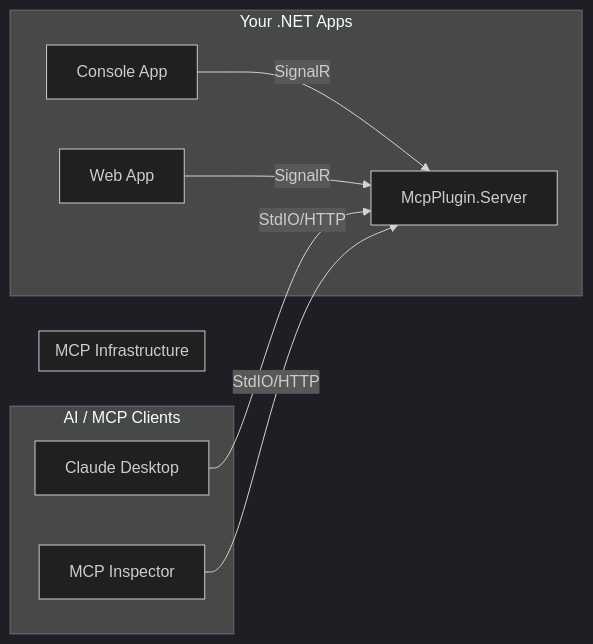
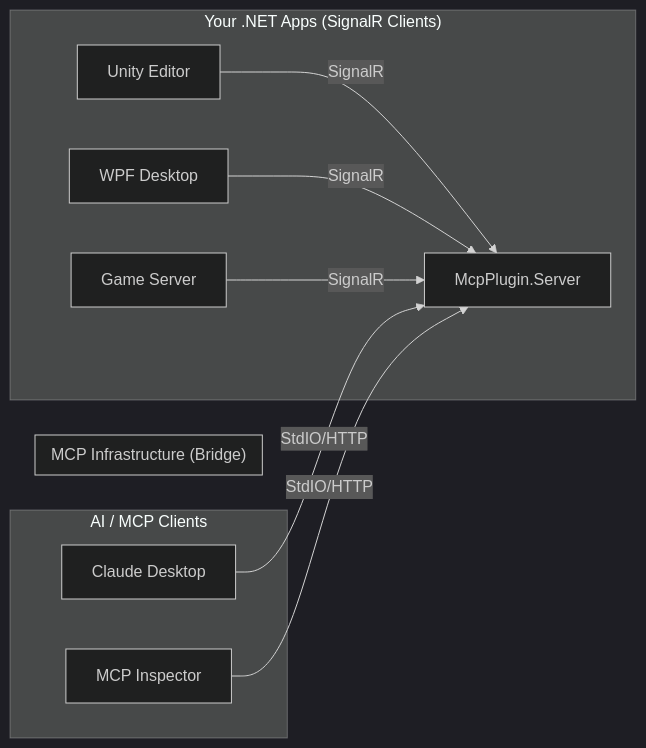
One commit to IvanMurzak/MCP-Plugin-dotnet changed the diagram in README.md. Above: the diagram before and after it, drawn with Mermaid (dark theme). The commit also changed other lines of this file, not shown here.

Commit message:
Enhance README.md: Update MCP Plugin architecture details and add SignalR benefits

````diff
--- a/README.md
+++ b/README.md
@@ -37,16 +41,17 @@
 ```mermaid
 graph LR
-    subgraph "Your .NET Apps"
-        A[Console App] -- SignalR --> S
-        B[Web App] -- SignalR --> S
+    subgraph "Your .NET Apps (SignalR Clients)"
+        A[Unity Editor] -- SignalR --> S
+        B[WPF Desktop] -- SignalR --> S
+        E[Game Server] -- SignalR --> S
     end
 
-    subgraph "MCP Infrastructure"
+    subgraph "MCP Infrastructure (Bridge)"
         S[McpPlugin.Server]
     end
 
     subgraph "AI / MCP Clients"
         C[Claude Desktop] -- StdIO/HTTP --> S
         D[MCP Inspector] -- StdIO/HTTP --> S
     end
 ```
````
